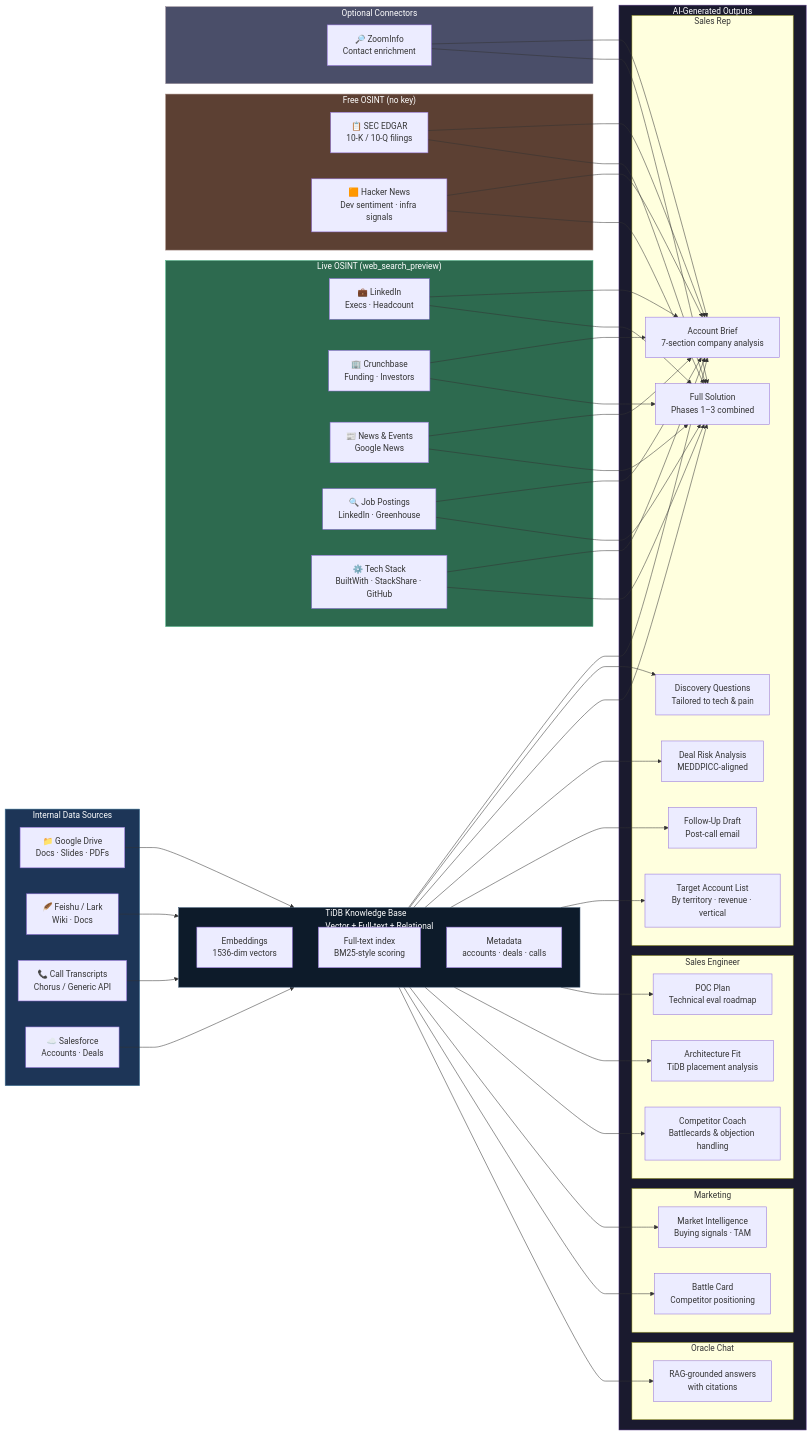
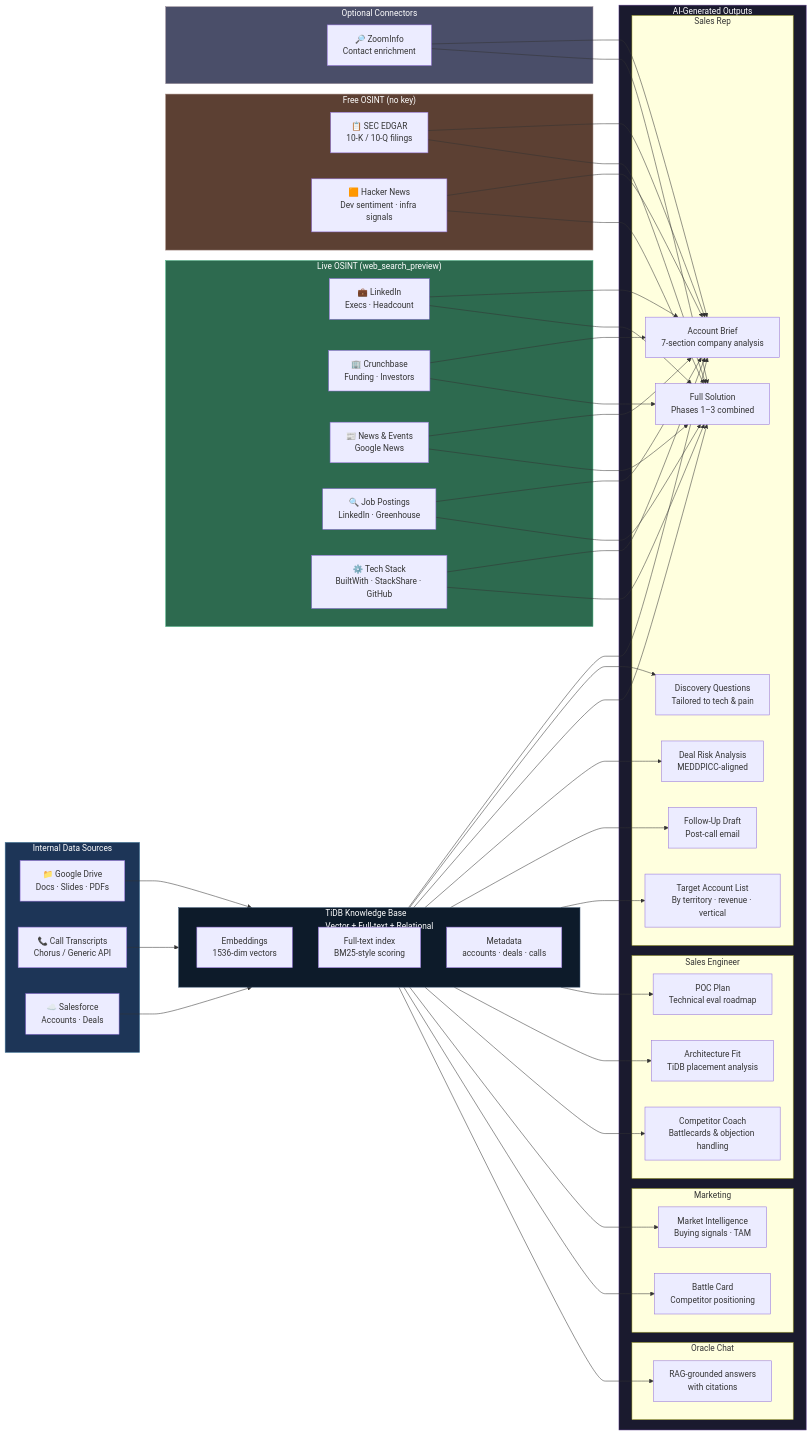
One commit to stephenlthorn/gtm-copilot-oss changed the first of 11 diagrams in README.md. Above: the diagram before and after it, drawn with Mermaid. The commit also changed other lines of this file, not shown here.

First line of the commit message:
docs: update README to reflect Feishu removal and RAG improvements

````diff
--- a/README.md
+++ b/README.md
@@ -44,72 +44,71 @@
 ```mermaid
 flowchart LR
     subgraph internal["Internal Data Sources"]
         GD["📁 Google Drive\nDocs · Slides · PDFs"]
-        FS["🪶 Feishu / Lark\nWiki · Docs"]
         CT["📞 Call Transcripts\nChorus / Generic API"]
         SF["☁️ Salesforce\nAccounts · Deals"]
     end
 
     subgraph osint["Live OSINT (web_search_preview)"]
         LI["💼 LinkedIn\nExecs · Headcount"]
         CB["🏢 Crunchbase\nFunding · Investors"]
         NW["📰 News & Events\nGoogle News"]
         JP["🔍 Job Postings\nLinkedIn · Greenhouse"]
         TS["⚙️ Tech Stack\nBuiltWith · StackShare · GitHub"]
     end
 
     subgraph free_osint["Free OSINT (no key)"]
         ED["📋 SEC EDGAR\n10-K / 10-Q filings"]
         HN["🟧 Hacker News\nDev sentiment · infra signals"]
     end
 
     subgraph optional["Optional Connectors"]
         ZI["🔎 ZoomInfo\nContact enrichment"]
     end
 
     subgraph kb["TiDB Knowledge Base\nVector + Full-text + Relational"]
         VEC["Embeddings\n1536-dim vectors"]
         FT["Full-text index\nBM25-style scoring"]
         META["Metadata\naccounts · deals · calls"]
     end
 
     subgraph outputs["AI-Generated Outputs"]
         subgraph rep_out["Sales Rep"]
             AB["Account Brief\n7-section company analysis"]
             DQ["Discovery Questions\nTailored to tech & pain"]
             FS2["Full Solution\nPhases 1–3 combined"]
             DR["Deal Risk Analysis\nMEDDPICC-aligned"]
             FD["Follow-Up Draft\nPost-call email"]
             TAL["Target Account List\nBy territory · revenue · vertical"]
         end
         subgraph se_out["Sales Engineer"]
             PP["POC Plan\nTechnical eval roadmap"]
             AF["Architecture Fit\nTiDB placement analysis"]
             CC["Competitor Coach\nBattlecards & objection handling"]
         end
         subgraph mkt_out["Marketing"]
             MI["Market Intelligence\nBuying signals · TAM"]
             BC["Battle Card\nCompetitor positioning"]
         end
         subgraph chat_out["Oracle Chat"]
             OC["RAG-grounded answers\nwith citations"]
         end
     end
 
-    GD & FS & CT & SF --> kb
+    GD & CT & SF --> kb
     LI & CB & NW & JP & TS --> AB & FS2
     ED & HN --> AB & FS2
     ZI --> AB & FS2
 
     kb --> AB & DQ & FS2 & DR & FD & TAL
     kb --> PP & AF & CC
     kb --> MI & BC
     kb --> OC
 
     style internal fill:#1d3557,stroke:#457b9d,color:#fff
     style osint fill:#2d6a4f,stroke:#52b788,color:#fff
     style free_osint fill:#5c4033,stroke:#a1887f,color:#fff
     style optional fill:#4a4e69,stroke:#9a8c98,color:#fff
     style kb fill:#0d1b2a,stroke:#415a77,color:#fff
     style outputs fill:#1a1a2e,stroke:#533483,color:#fff
 ```
````
